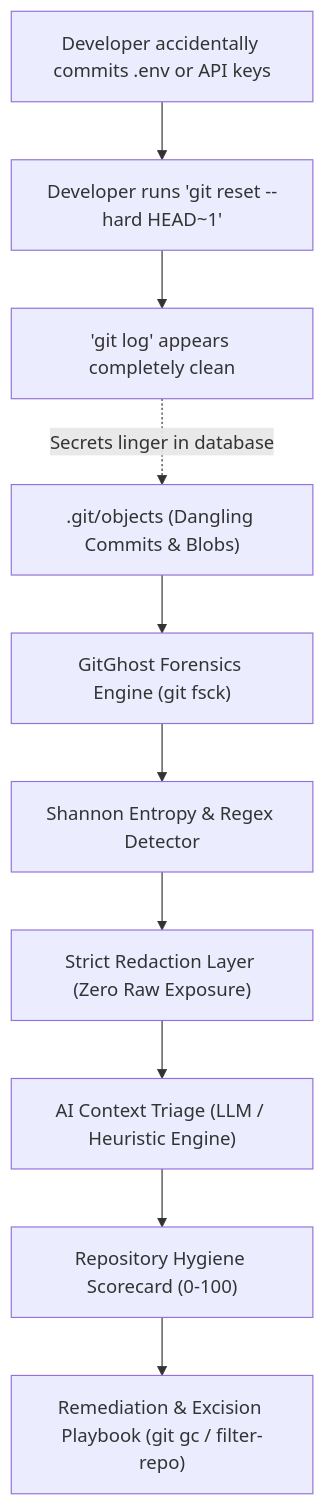
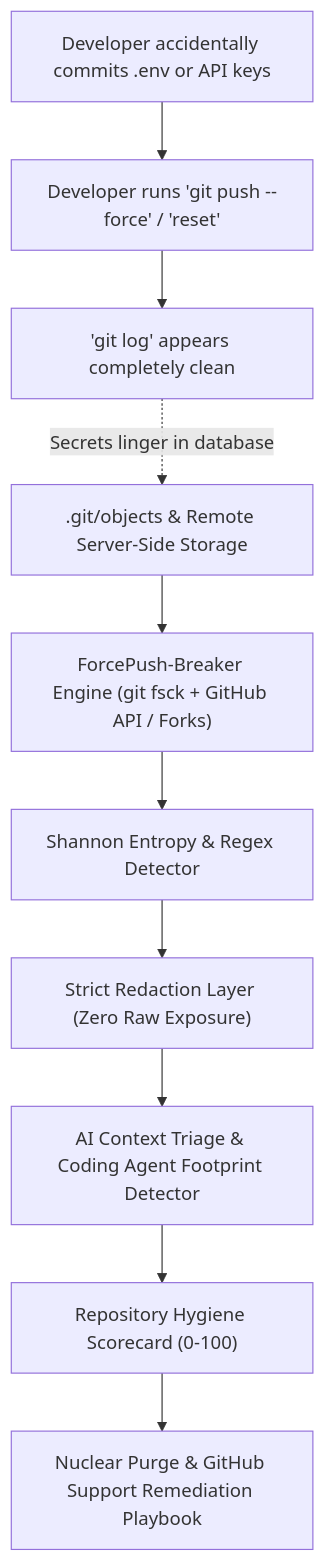
The diagram in README.md (Amlaach/forcepush-breaker), drawn with Mermaid before and after one commit. The commit also changed other lines of this file, not shown here.

Commit message:
docs(rebrand): update README with ForcePush-Breaker branding, tagline, and zero-emoji style

````diff
--- a/README.md
+++ b/README.md
@@ -49,12 +50,12 @@
 ```mermaid
 flowchart TD
-    A["Developer accidentally commits .env or API keys"] --> B["Developer runs 'git reset --hard HEAD~1'"]
+    A["Developer accidentally commits .env or API keys"] --> B["Developer runs 'git push --force' / 'reset'"]
     B --> C["'git log' appears completely clean"]
-    C -. Secrets linger in database .-> D[".git/objects (Dangling Commits & Blobs)"]
-    D --> E["GitGhost Forensics Engine (git fsck)"]
+    C -. Secrets linger in database .-> D[".git/objects & Remote Server-Side Storage"]
+    D --> E["ForcePush-Breaker Engine (git fsck + GitHub API / Forks)"]
     E --> F["Shannon Entropy & Regex Detector"]
     F --> G["Strict Redaction Layer (Zero Raw Exposure)"]
-    G --> H["AI Context Triage (LLM / Heuristic Engine)"]
+    G --> H["AI Context Triage & Coding Agent Footprint Detector"]
     H --> I["Repository Hygiene Scorecard (0-100)"]
-    I --> J["Remediation & Excision Playbook (git gc / filter-repo)"]
+    I --> J["Nuclear Purge & GitHub Support Remediation Playbook"]
 ```
````
